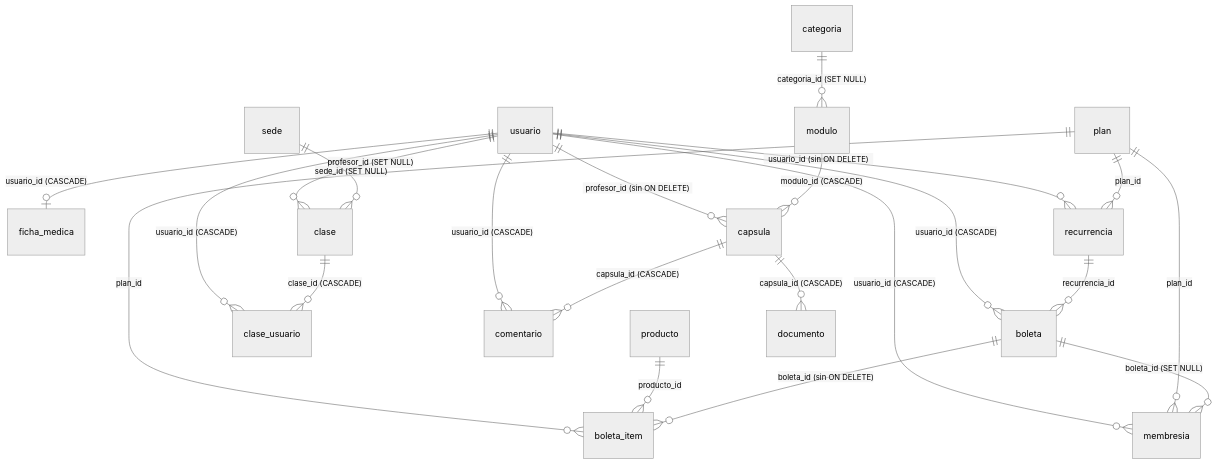
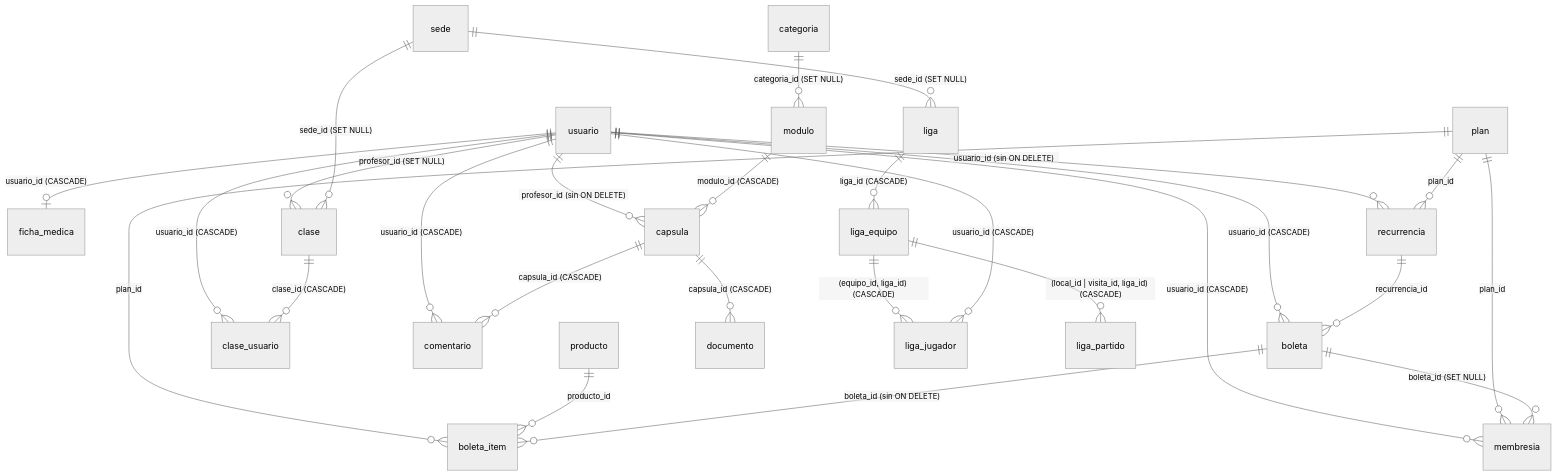
One commit to solucionesflowcode/FutplayApp changed the diagram in futplayapp/docs/DOCUMENTACION_BD_v2.md. Above: the diagram before and after it, drawn with Mermaid (neutral theme). The commit also changed other lines of this file and 31 other files, not shown here.

````diff
--- a/futplayapp/docs/DOCUMENTACION_BD_v2.md
+++ b/futplayapp/docs/DOCUMENTACION_BD_v2.md
@@ -33,24 +33,29 @@
 ```mermaid
 erDiagram
     usuario ||--o| ficha_medica : "usuario_id (CASCADE)"
     usuario ||--o{ boleta : "usuario_id (CASCADE)"
     usuario ||--o{ membresia : "usuario_id (CASCADE)"
     usuario ||--o{ recurrencia : "usuario_id (sin ON DELETE)"
     usuario ||--o{ clase_usuario : "usuario_id (CASCADE)"
     usuario ||--o{ comentario : "usuario_id (CASCADE)"
     usuario ||--o{ clase : "profesor_id (SET NULL)"
     usuario ||--o{ capsula : "profesor_id (sin ON DELETE)"
     plan ||--o{ membresia : "plan_id"
     plan ||--o{ recurrencia : "plan_id"
     plan ||--o{ boleta_item : "plan_id"
     producto ||--o{ boleta_item : "producto_id"
     boleta ||--o{ boleta_item : "boleta_id (sin ON DELETE)"
     boleta ||--o{ membresia : "boleta_id (SET NULL)"
     recurrencia ||--o{ boleta : "recurrencia_id"
     sede ||--o{ clase : "sede_id (SET NULL)"
     clase ||--o{ clase_usuario : "clase_id (CASCADE)"
     categoria ||--o{ modulo : "categoria_id (SET NULL)"
     modulo ||--o{ capsula : "modulo_id (CASCADE)"
     capsula ||--o{ documento : "capsula_id (CASCADE)"
     capsula ||--o{ comentario : "capsula_id (CASCADE)"
+    sede ||--o{ liga : "sede_id (SET NULL)"
+    liga ||--o{ liga_equipo : "liga_id (CASCADE)"
+    liga_equipo ||--o{ liga_jugador : "(equipo_id, liga_id) (CASCADE)"
+    usuario ||--o{ liga_jugador : "usuario_id (CASCADE)"
+    liga_equipo ||--o{ liga_partido : "(local_id | visita_id, liga_id) (CASCADE)"
 ```
````
